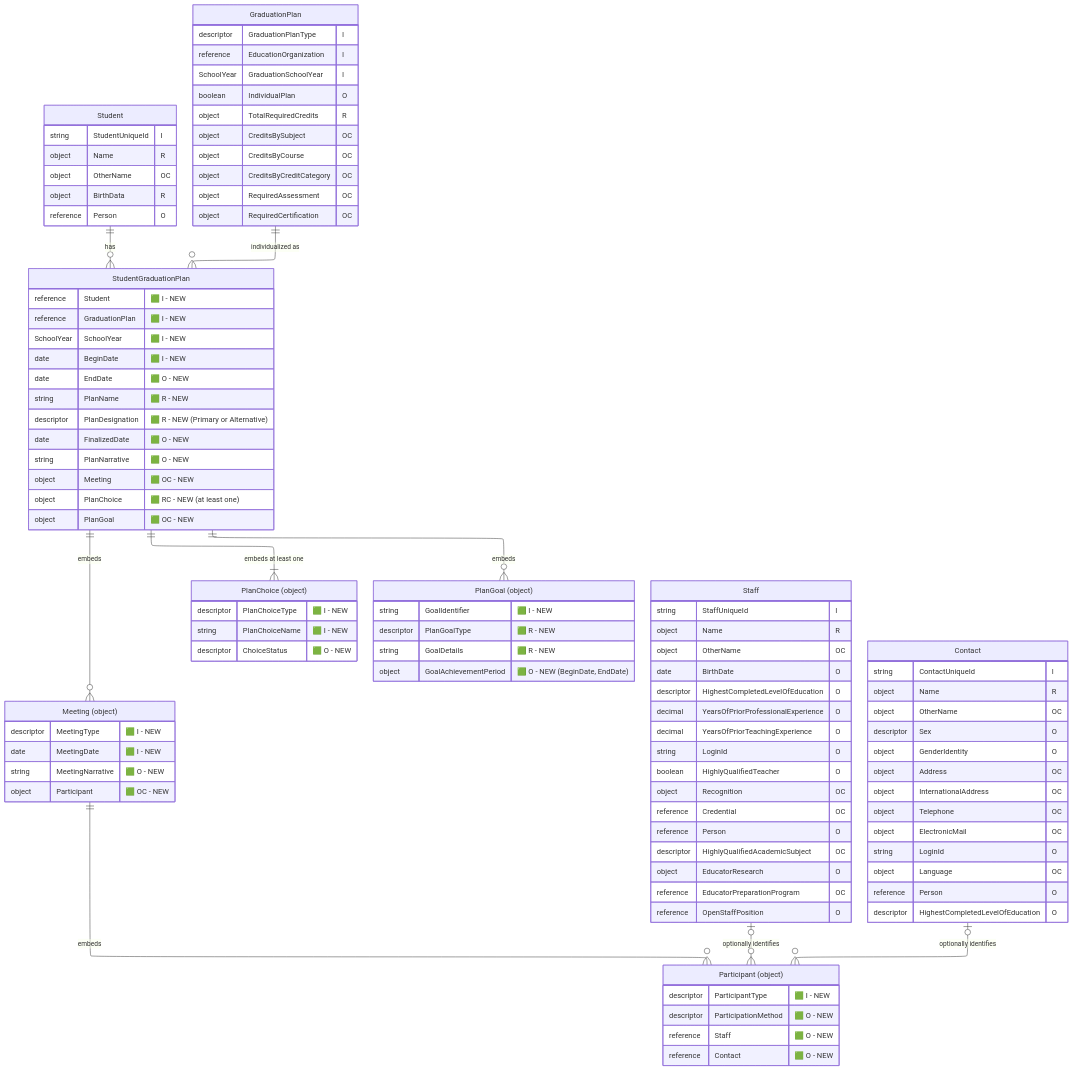
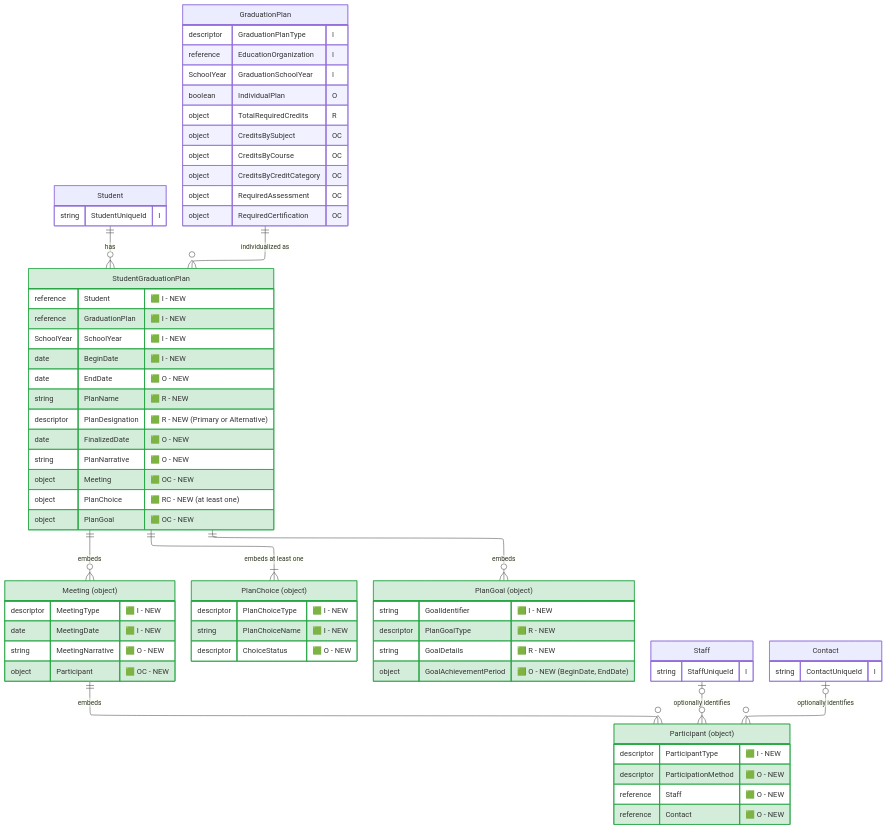
Before and after one commit to Ed-Fi-Alliance-OSS/Ed-Fi-API-Specifications: the second of 2 diagrams in RFC/RFC-30c_Individual-Graduation-Plan.md, drawn with Mermaid. The commit also changed other lines of this file and 1 other file, not shown here.

First line of the commit message:
spec: Address review findings in RFC-30c

````diff
--- a/RFC/RFC-30c_Individual-Graduation-Plan.md
+++ b/RFC/RFC-30c_Individual-Graduation-Plan.md
@@ -179,10 +178,6 @@
 
     Student {
         string StudentUniqueId "I"
-        object Name "R"
-        object OtherName "OC"
-        object BirthData "R"
-        reference Person "O"
     }
 
     GraduationPlan {
@@ -200,37 +195,10 @@
 
     Staff {
         string StaffUniqueId "I"
-        object Name "R"
-        object OtherName "OC"
-        date BirthDate "O"
-        descriptor HighestCompletedLevelOfEducation "O"
-        decimal YearsOfPriorProfessionalExperience "O"
-        decimal YearsOfPriorTeachingExperience "O"
-        string LoginId "O"
-        boolean HighlyQualifiedTeacher "O"
-        object Recognition "OC"
-        reference Credential "OC"
-        reference Person "O"
-        descriptor HighlyQualifiedAcademicSubject "OC"
-        object EducatorResearch "O"
-        reference EducatorPreparationProgram "OC"
-        reference OpenStaffPosition "O"
     }
 
     Contact {
         string ContactUniqueId "I"
-        object Name "R"
-        object OtherName "OC"
-        descriptor Sex "O"
-        object GenderIdentity "O"
-        object Address "OC"
-        object InternationalAddress "OC"
-        object Telephone "OC"
-        object ElectronicMail "OC"
-        string LoginId "O"
-        object Language "OC"
-        reference Person "O"
-        descriptor HighestCompletedLevelOfEducation "O"
     }
 
     StudentGraduationPlan {
@@ -274,4 +242,7 @@
         string GoalDetails "🟩 R - NEW"
         object GoalAchievementPeriod "🟩 O - NEW (BeginDate, EndDate)"
     }
+
+    classDef new fill:#d4edda,stroke:#28a745
+    class StudentGraduationPlan,Meeting,Participant,PlanChoice,PlanGoal new
 ```
````
